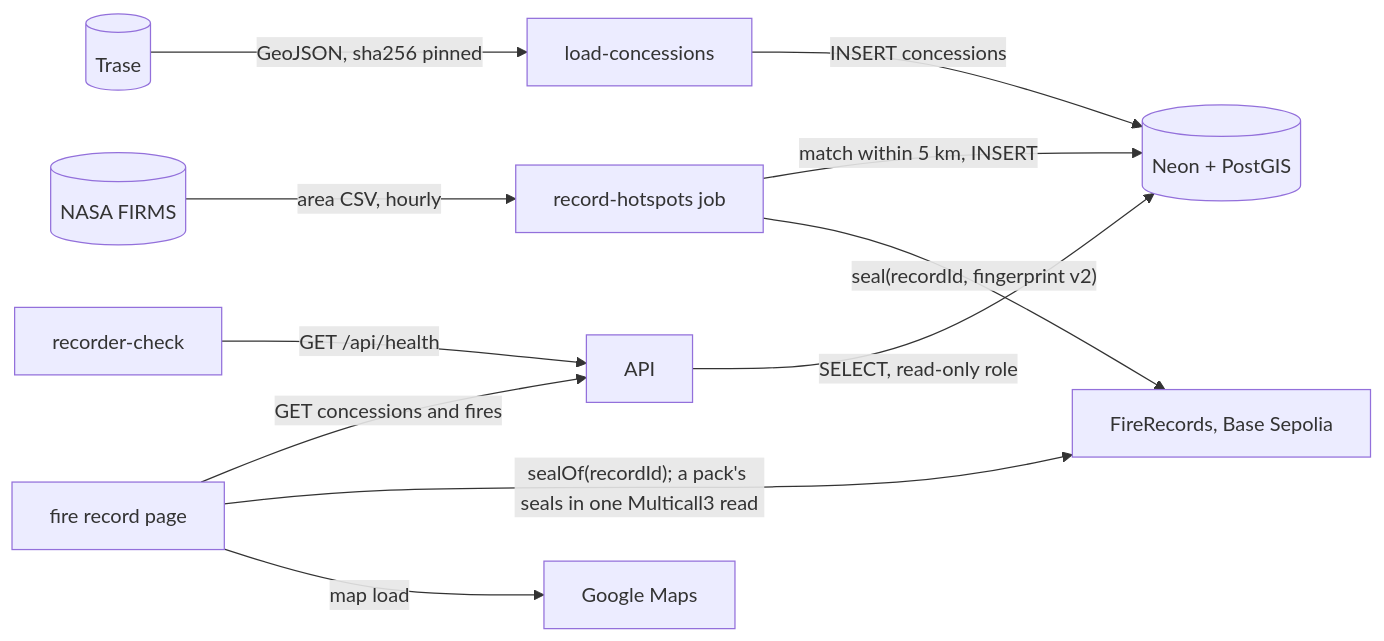
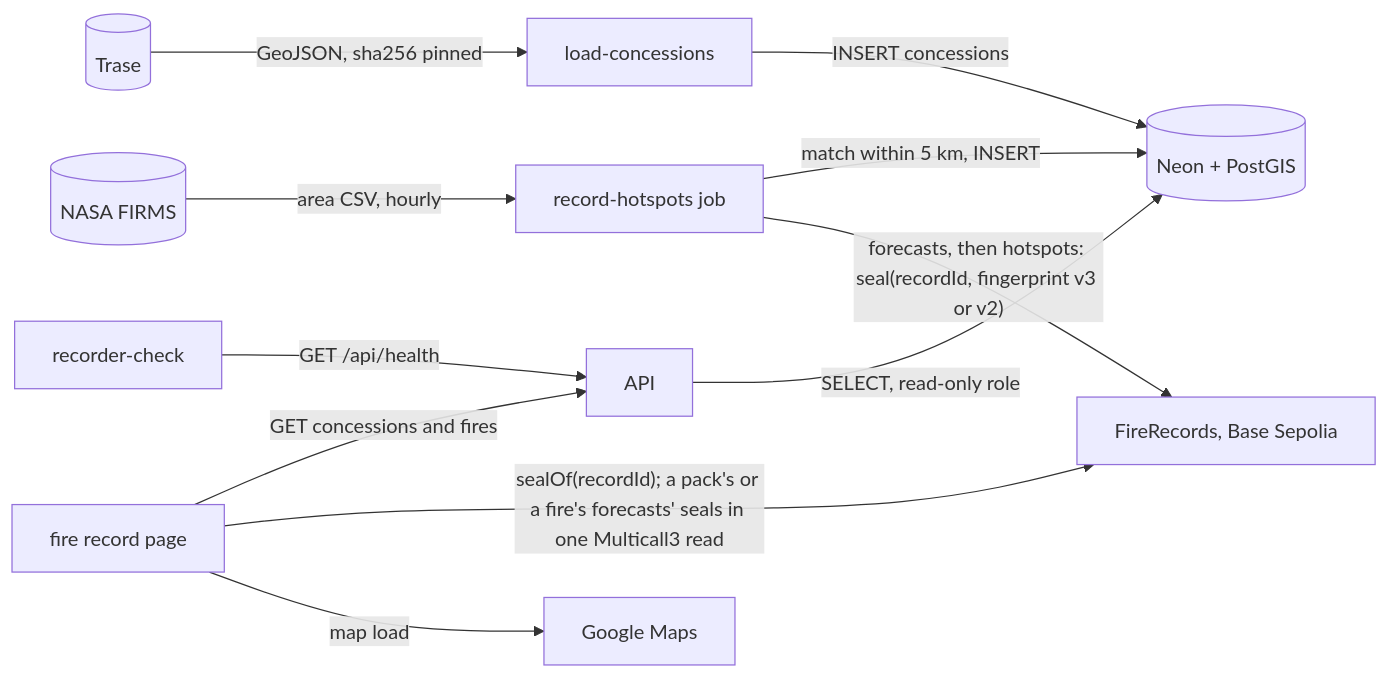
Before and after one commit to dzaffren/fire-watch: the second of 2 diagrams in docs/ARCHITECTURE.md, drawn with Mermaid. The commit also changed other lines of this file and 2 other files, not shown here.

````diff
--- a/docs/ARCHITECTURE.md
+++ b/docs/ARCHITECTURE.md
@@ -18,13 +18,13 @@
 ```mermaid
 flowchart LR
     F[(NASA FIRMS)] -- "area CSV, hourly" --> R[record-hotspots job]
     T[(Trase)] -- "GeoJSON, sha256 pinned" --> L[load-concessions]
     L -- "INSERT concessions" --> D[(Neon + PostGIS)]
     R -- "match within 5 km, INSERT" --> D
-    R -- "seal(recordId, fingerprint v2)" --> C[FireRecords, Base Sepolia]
+    R -- "forecasts, then hotspots: seal(recordId, fingerprint v3 or v2)" --> C[FireRecords, Base Sepolia]
     A[API] -- "SELECT, read-only role" --> D
     W[fire record page] -- "GET concessions and fires" --> A
-    W -- "sealOf(recordId); a pack's seals in one Multicall3 read" --> C
+    W -- "sealOf(recordId); a pack's or a fire's forecasts' seals in one Multicall3 read" --> C
     W -- "map load" --> G[Google Maps]
     K[recorder-check] -- "GET /api/health" --> A
 ```
````
